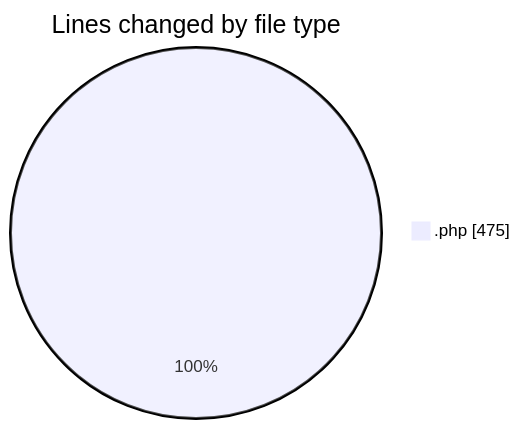
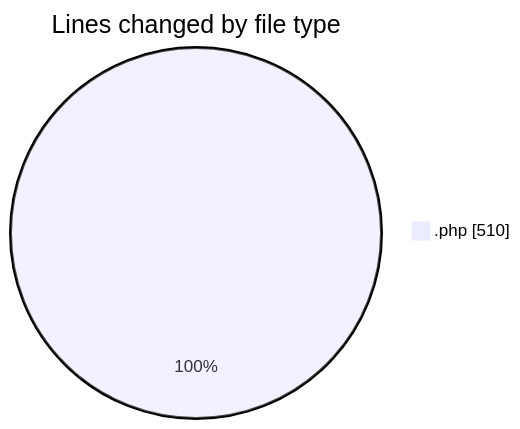
Before and after one commit to debugP/code-tracking: the first of 2 diagrams in 2025-09-24/plugins/README.md, drawn with Mermaid. The commit also changed other lines of this file and 1 other file, not shown here.

````diff
--- a/2025-09-24/plugins/README.md
+++ b/2025-09-24/plugins/README.md
@@ -20,5 +20,5 @@
 ```mermaid
 pie showData
 title Lines changed by file type
-".php" : 475
+".php" : 510
 ```
````
